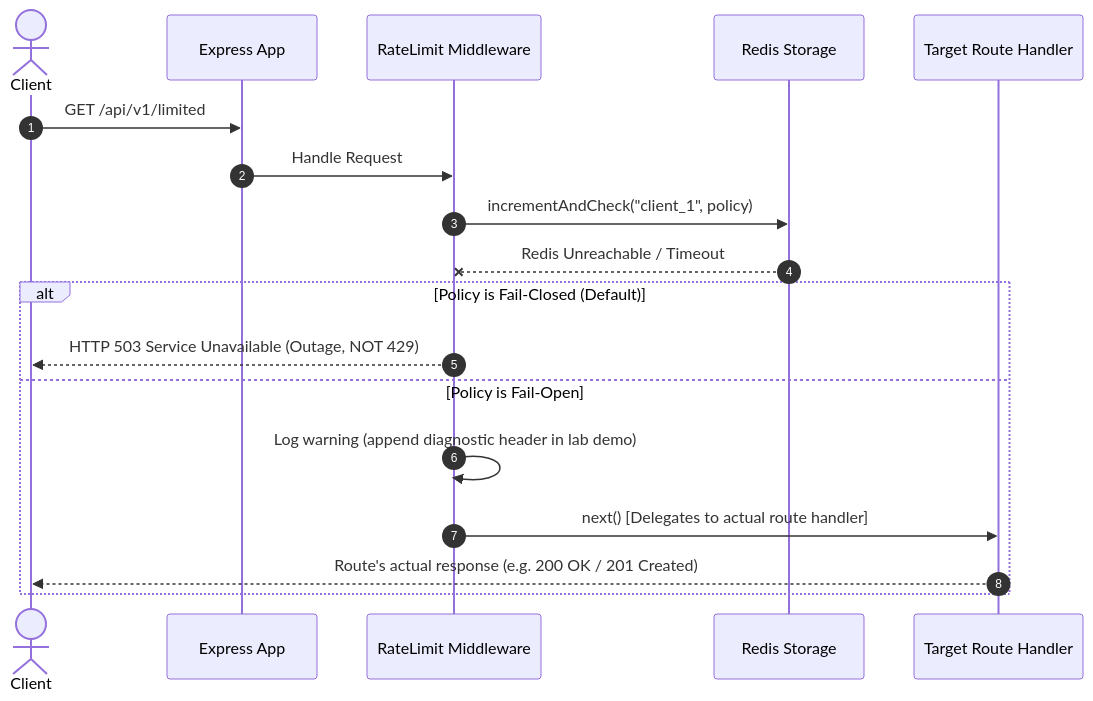
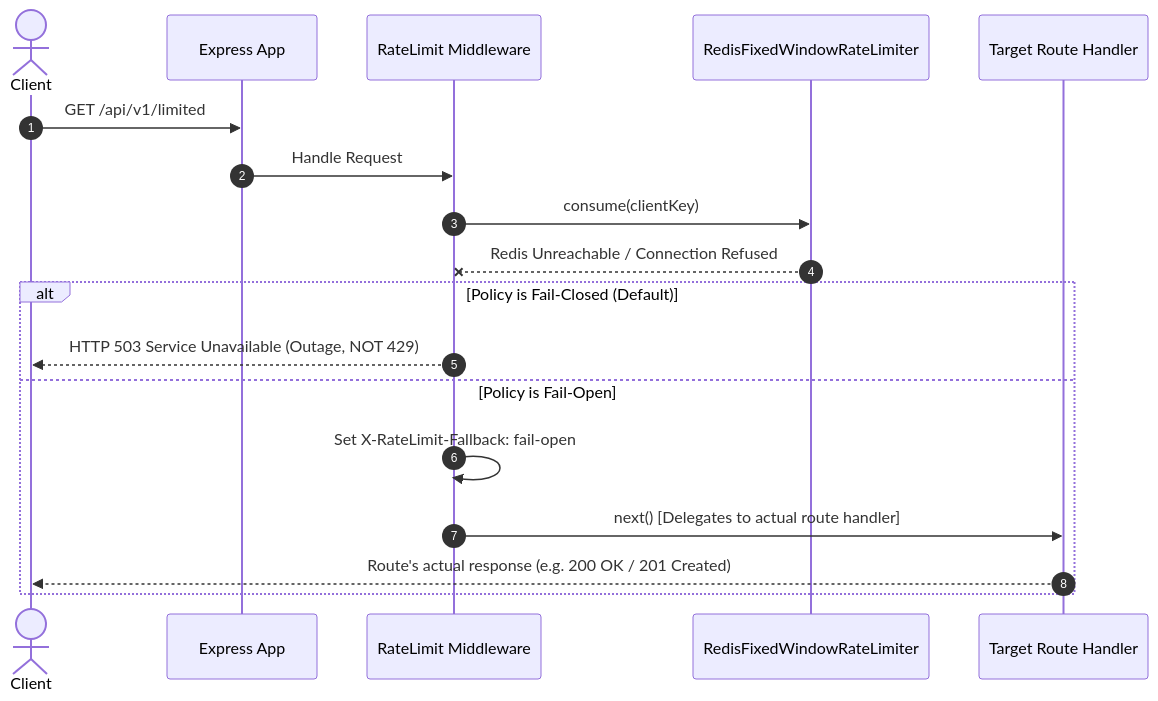
The fourth of 4 diagrams in docs/architecture.md (engineering-proof-labs/rate-limiting-lab), drawn with Mermaid before and after one commit. The commit also changed other lines of this file and 10 other files, not shown here.

Commit message:
docs: finalize public laboratory guide, architecture records, and verification evidence

````diff
--- a/docs/architecture.md
+++ b/docs/architecture.md
@@ -174,22 +201,22 @@
 ```mermaid
 sequenceDiagram
     autonumber
     actor Client
     participant Express as Express App
     participant MW as RateLimit Middleware
-    participant Storage as Redis Storage
+    participant Limiter as RedisFixedWindowRateLimiter
     participant Route as Target Route Handler
 
     Client->>Express: GET /api/v1/limited
     Express->>MW: Handle Request
-    MW->>Storage: incrementAndCheck("client_1", policy)
-    Storage--xMW: Redis Unreachable / Timeout
+    MW->>Limiter: consume(clientKey)
+    Limiter--xMW: Redis Unreachable / Connection Refused
 
     alt Policy is Fail-Closed (Default)
         MW-->>Client: HTTP 503 Service Unavailable (Outage, NOT 429)
     else Policy is Fail-Open
-        MW->>MW: Log warning (append diagnostic header in lab demo)
+        MW->>MW: Set X-RateLimit-Fallback: fail-open
         MW->>Route: next() [Delegates to actual route handler]
         Route-->>Client: Route's actual response (e.g. 200 OK / 201 Created)
     end
 ```
````
